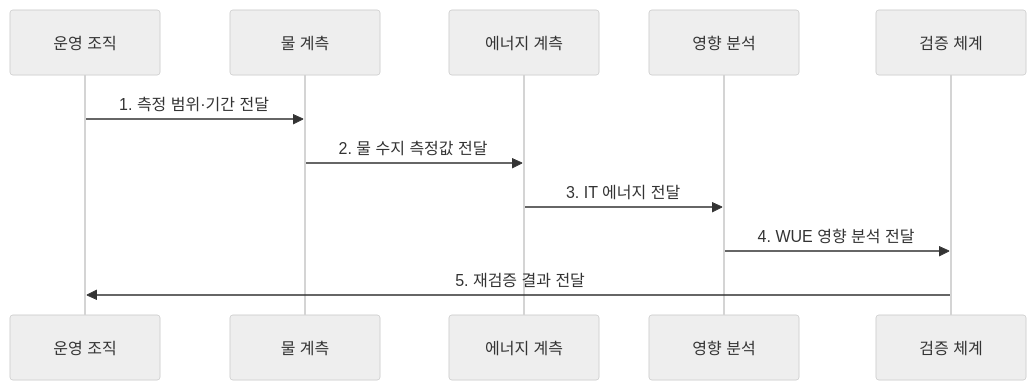
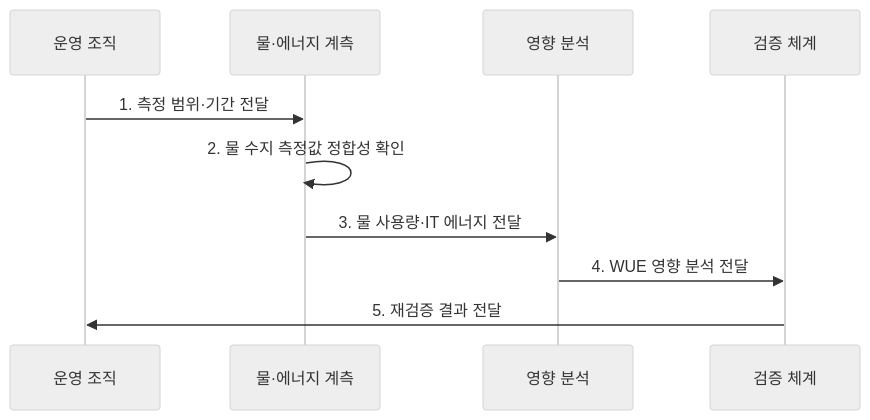
Before and after one commit to agnusdei1207/knowledge-base: the second of 2 diagrams in src/content/docs/notes/08-latest-tech/199_water_usage_effectiveness.md, drawn with Mermaid (neutral theme). The commit also changed other lines of this file and 6 other files, not shown here.

Commit message:
Focus sustainability and emerging technology flows

````diff
--- a/src/content/docs/notes/08-latest-tech/199_water_usage_effectiveness.md
+++ b/src/content/docs/notes/08-latest-tech/199_water_usage_effectiveness.md
@@ -101,13 +101,12 @@
 ```mermaid
 sequenceDiagram
   participant O as 운영 조직
-  participant W as 물 계측
-  participant E as 에너지 계측
+    participant W as 물·에너지 계측
   participant A as 영향 분석
   participant V as 검증 체계
   O->>W: 1. 측정 범위·기간 전달
-  W->>E: 2. 물 수지 측정값 전달
-  E->>A: 3. IT 에너지 전달
+    W->>W: 2. 물 수지 측정값 정합성 확인
+    W->>A: 3. 물 사용량·IT 에너지 전달
   A->>V: 4. WUE 영향 분석 전달
   V->>O: 5. 재검증 결과 전달
 ```
````
